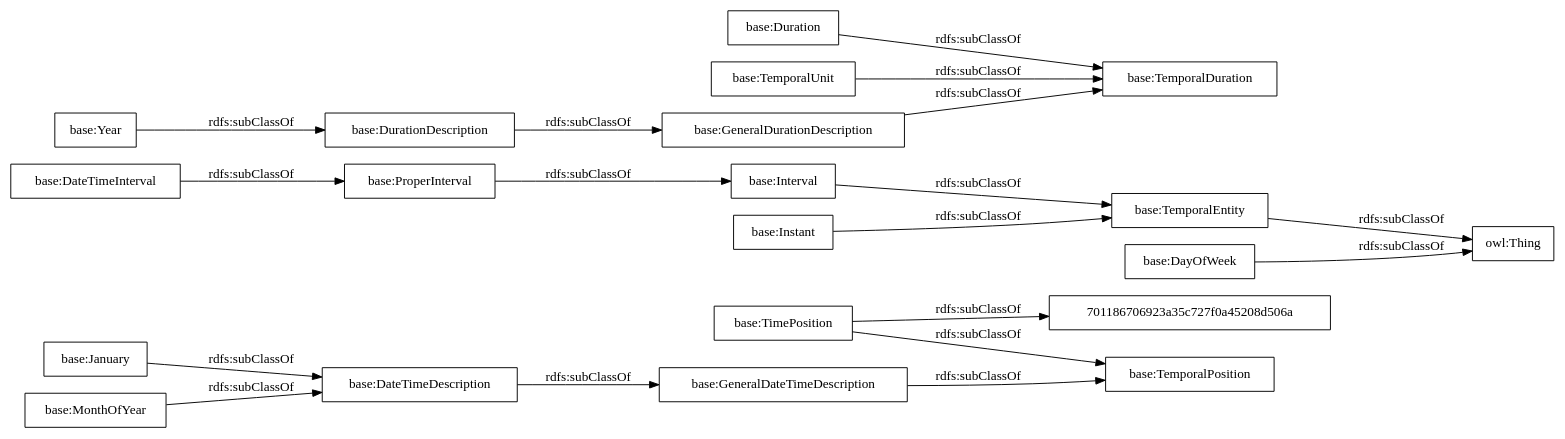
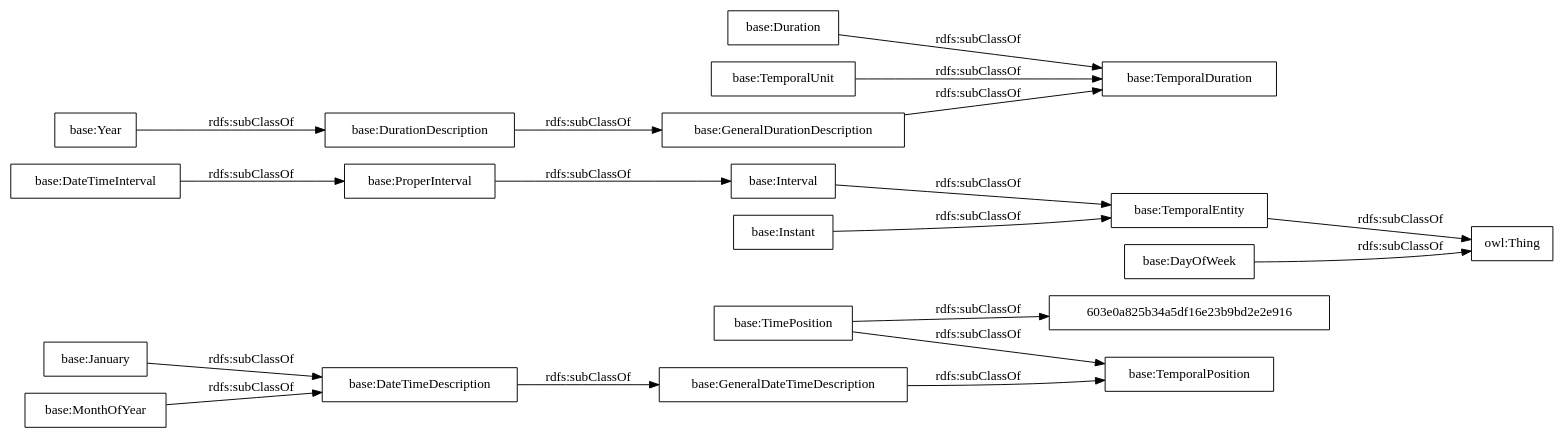
The diagram in OnToology/Top_in_lov/time.rdf/diagrams/ar2dtool-taxonomy/time.rdf.png.dot (ahmad88me/ontologies_collection), drawn with Graphviz before and after one commit. The commit also changed 106 other files, not shown here.

```diff
--- a/OnToology/Top_in_lov/time.rdf/diagrams/ar2dtool-taxonomy/time.rdf.png.dot
+++ b/OnToology/Top_in_lov/time.rdf/diagrams/ar2dtool-taxonomy/time.rdf.png.dot
@@ -1,23 +1,23 @@
 digraph ar2dtool_diagram { 
 rankdir=LR;
 size="1000"
-node [shape = rectangle, color="black"]; "base:GeneralDateTimeDescription" "base:DateTimeInterval" "base:DurationDescription" "base:TemporalDuration" "base:Duration" "base:GeneralDurationDescription" "base:January" "base:ProperInterval" "base:TimePosition" "base:TemporalPosition" "base:Interval" "base:TemporalEntity" "base:Year" "base:MonthOfYear" "base:DateTimeDescription" "701186706923a35c727f0a45208d506a" "base:TemporalUnit" "base:Instant" "base:DayOfWeek" ; /*classes style*/
+node [shape = rectangle, color="black"]; "base:GeneralDateTimeDescription" "base:DateTimeInterval" "base:DurationDescription" "base:TemporalDuration" "base:Duration" "base:GeneralDurationDescription" "base:January" "base:ProperInterval" "base:TimePosition" "base:TemporalPosition" "base:Interval" "base:TemporalEntity" "base:Year" "base:MonthOfYear" "603e0a825b34a5df16e23b9bd2e2e916" "base:DateTimeDescription" "base:TemporalUnit" "base:Instant" "base:DayOfWeek" ; /*classes style*/
 	"base:ProperInterval" -> "base:Interval" [ label = "rdfs:subClassOf" ];
 	"base:DayOfWeek" -> "owl:Thing" [ label = "rdfs:subClassOf" ];
 	"base:DurationDescription" -> "base:GeneralDurationDescription" [ label = "rdfs:subClassOf" ];
 	"base:Year" -> "base:DurationDescription" [ label = "rdfs:subClassOf" ];
 	"base:GeneralDurationDescription" -> "base:TemporalDuration" [ label = "rdfs:subClassOf" ];
 	"base:January" -> "base:DateTimeDescription" [ label = "rdfs:subClassOf" ];
-	"base:TimePosition" -> "701186706923a35c727f0a45208d506a" [ label = "rdfs:subClassOf" ];
+	"base:TimePosition" -> "603e0a825b34a5df16e23b9bd2e2e916" [ label = "rdfs:subClassOf" ];
 	"base:TimePosition" -> "base:TemporalPosition" [ label = "rdfs:subClassOf" ];
 	"base:TemporalUnit" -> "base:TemporalDuration" [ label = "rdfs:subClassOf" ];
 	"base:TemporalEntity" -> "owl:Thing" [ label = "rdfs:subClassOf" ];
 	"base:Instant" -> "base:TemporalEntity" [ label = "rdfs:subClassOf" ];
 	"base:Duration" -> "base:TemporalDuration" [ label = "rdfs:subClassOf" ];
 	"base:DateTimeDescription" -> "base:GeneralDateTimeDescription" [ label = "rdfs:subClassOf" ];
 	"base:MonthOfYear" -> "base:DateTimeDescription" [ label = "rdfs:subClassOf" ];
 	"base:DateTimeInterval" -> "base:ProperInterval" [ label = "rdfs:subClassOf" ];
 	"base:GeneralDateTimeDescription" -> "base:TemporalPosition" [ label = "rdfs:subClassOf" ];
 	"base:Interval" -> "base:TemporalEntity" [ label = "rdfs:subClassOf" ];
 
 }
```
